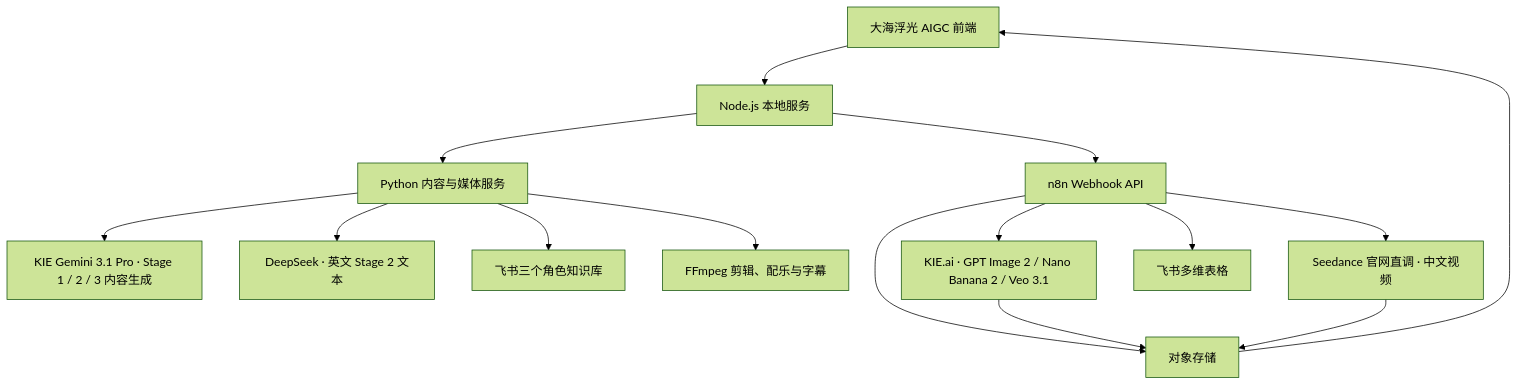
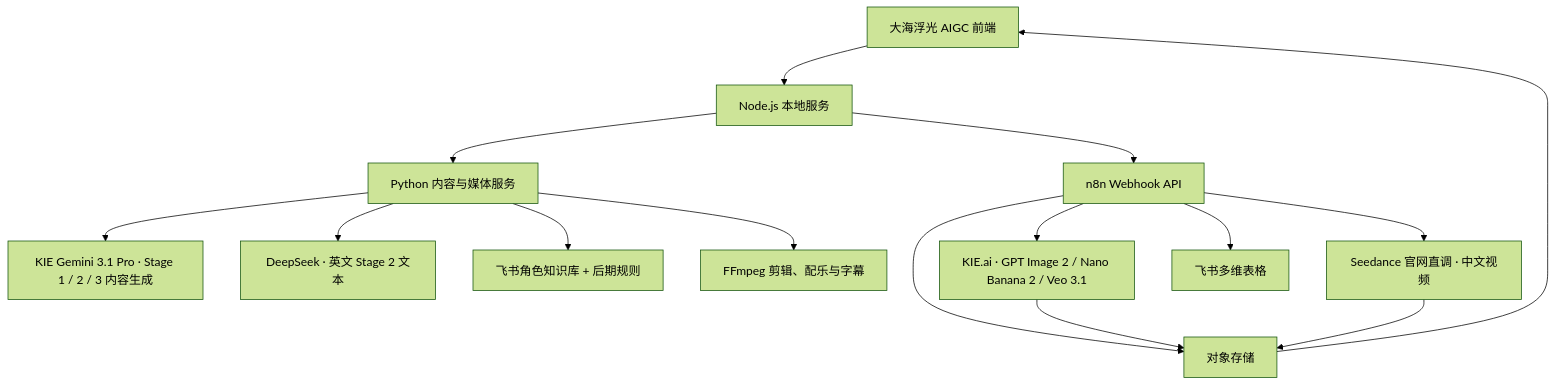
The diagram in docs/ARCHITECTURE.md (luoxiaohe0529-creator/ocean-glimmer-aigc), drawn with Mermaid (forest theme) before and after one commit. The commit also changed other lines of this file and 8 other files, not shown here.

````diff
--- a/docs/ARCHITECTURE.md
+++ b/docs/ARCHITECTURE.md
@@ -9,17 +9,17 @@
 ```mermaid
 flowchart TB
   UI["大海浮光 AIGC 前端"] --> SERVER["Node.js 本地服务"]
   SERVER --> PYTHON["Python 内容与媒体服务"]
   SERVER --> N8N["n8n Webhook API"]
   PYTHON --> GEMINI["KIE Gemini 3.1 Pro · Stage 1 / 2 / 3 内容生成"]
   PYTHON --> DEEPSEEK["DeepSeek · 英文 Stage 2 文本"]
-  PYTHON --> KNOWLEDGE["飞书三个角色知识库"]
+  PYTHON --> KNOWLEDGE["飞书角色知识库 + 后期规则"]
   PYTHON --> FFMPEG["FFmpeg 剪辑、配乐与字幕"]
   N8N --> KIE["KIE.ai · GPT Image 2 / Nano Banana 2 / Veo 3.1"]
   N8N --> VIDEO["Seedance 官网直调 · 中文视频"]
   N8N --> FEISHU["飞书多维表格"]
   N8N --> STORAGE["对象存储"]
   KIE --> STORAGE
   VIDEO --> STORAGE
   STORAGE --> UI
 ```
````
